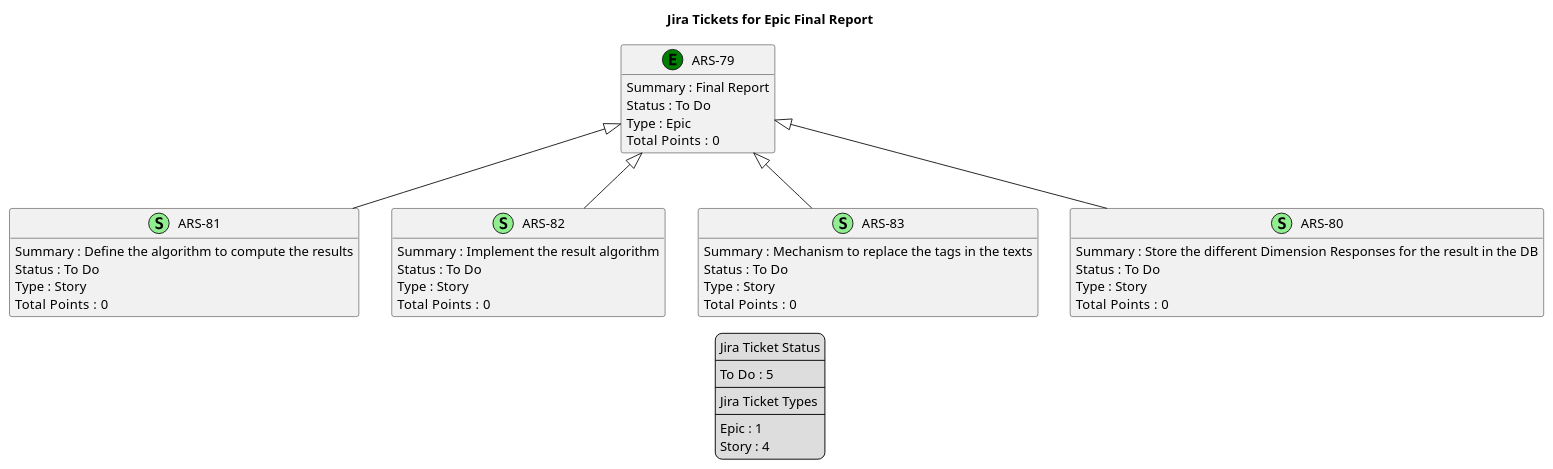
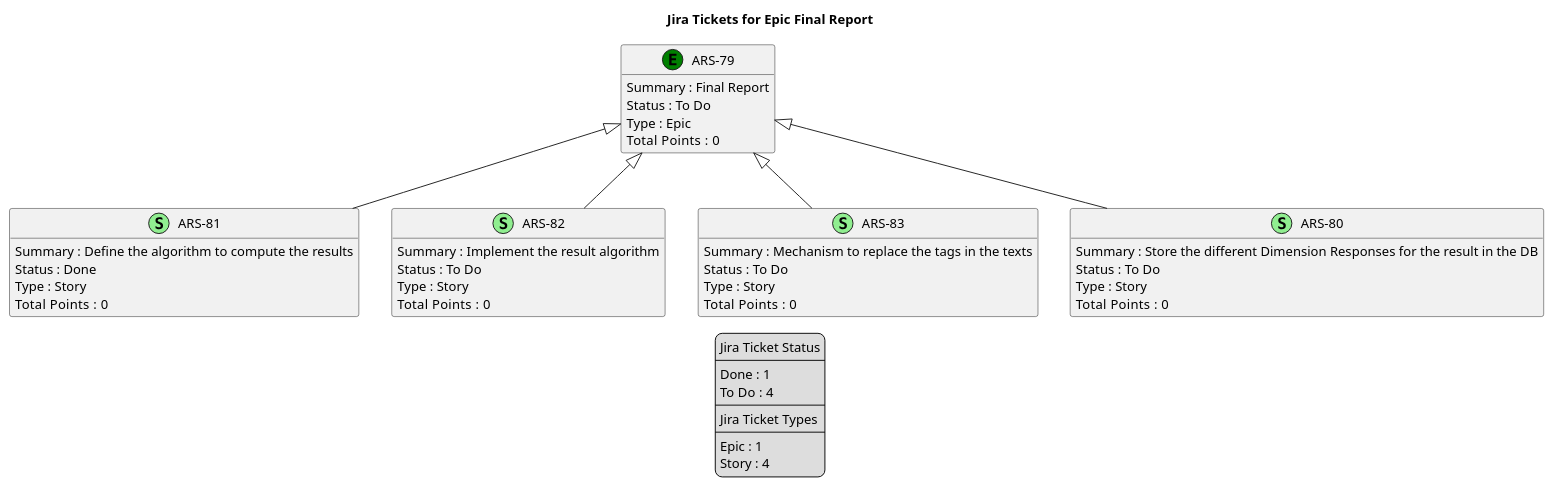
Before and after one commit to brunasti/jiraplotter: the diagram in docs/nexus/jira-Epic-Final_Report.puml, drawn with PlantUML. The commit also changed 23 other files, not shown here.

Commit message:
Regenerates Nexus diagrams

```diff
--- a/docs/nexus/jira-Epic-Final_Report.puml
+++ b/docs/nexus/jira-Epic-Final_Report.puml
@@ -1,70 +1,71 @@
 @startuml
 'https://plantuml.com/class-diagram
 
 ' GENERATE CLASS DIAGRAM ===========
-' Generated at    : Thu May 23 13:36:26 CEST 2024
+' Generated at    : Mon May 27 11:35:03 CEST 2024
 
 title Jira Tickets for Epic Final Report
 hide empty members
 
 legend
 Jira Ticket Status
 ----
-To Do : 5
+Done : 1
+To Do : 4
 ----
 Jira Ticket Types
 ----
 Epic : 1
 Story : 4
 end legend
 
 
 ' Tickets =======
 class "ARS-81" << (S,lightgreen) >> {
  Summary : Define the algorithm to compute the results
- Status : To Do
+ Status : Done
  Type : Story
 Total  Points : 0
 }
 
 class "ARS-82" << (S,lightgreen) >> {
  Summary : Implement the result algorithm
  Status : To Do
  Type : Story
 Total  Points : 0
 }
 
 class "ARS-83" << (S,lightgreen) >> {
  Summary : Mechanism to replace the tags in the texts
  Status : To Do
  Type : Story
 Total  Points : 0
 }
 
 class "ARS-80" << (S,lightgreen) >> {
  Summary : Store the different Dimension Responses for the result in the DB
  Status : To Do
  Type : Story
 Total  Points : 0
 }
 
 class "ARS-79" << (E,green) >> {
  Summary : Final Report
  Status : To Do
  Type : Epic
 Total  Points : 0
 }
 
 
 
 ' Links =======
 
 ' Parents =======
 "ARS-79" <|-- "ARS-81"
 "ARS-79" <|-- "ARS-82"
 "ARS-79" <|-- "ARS-83"
 "ARS-79" <|-- "ARS-80"
 
 
 
 @enduml
```
